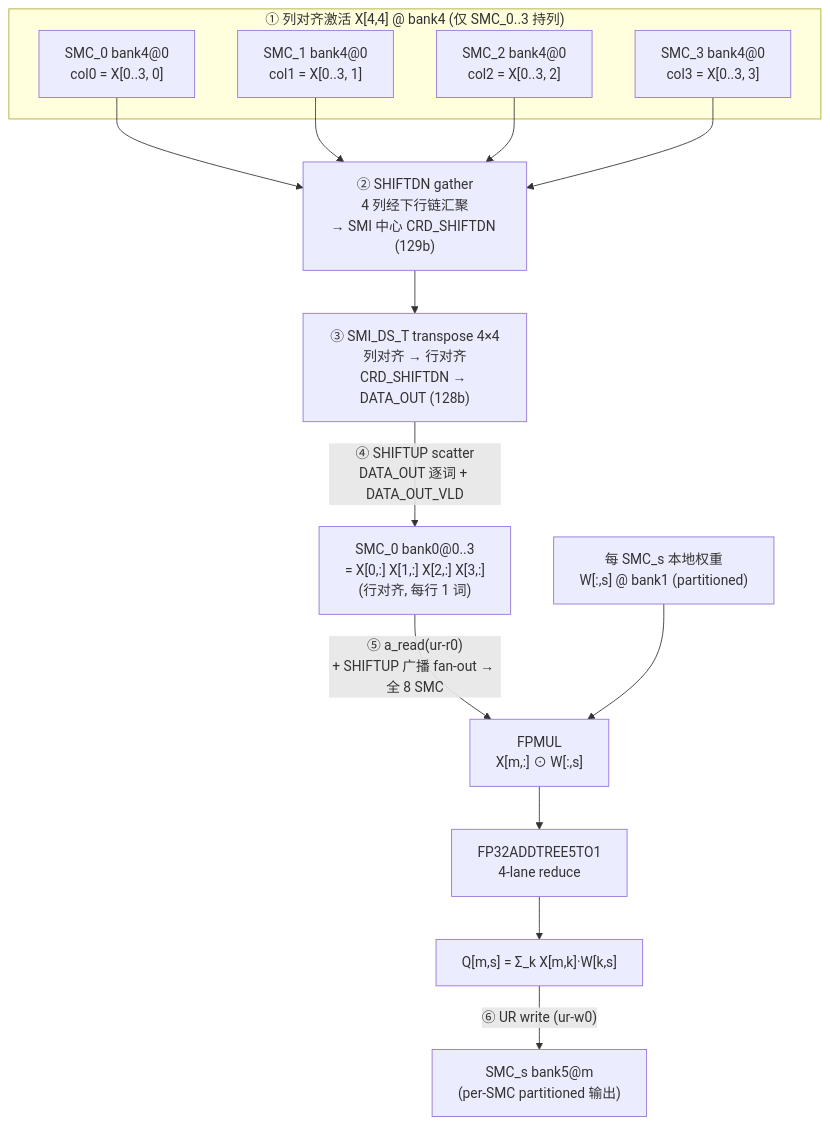
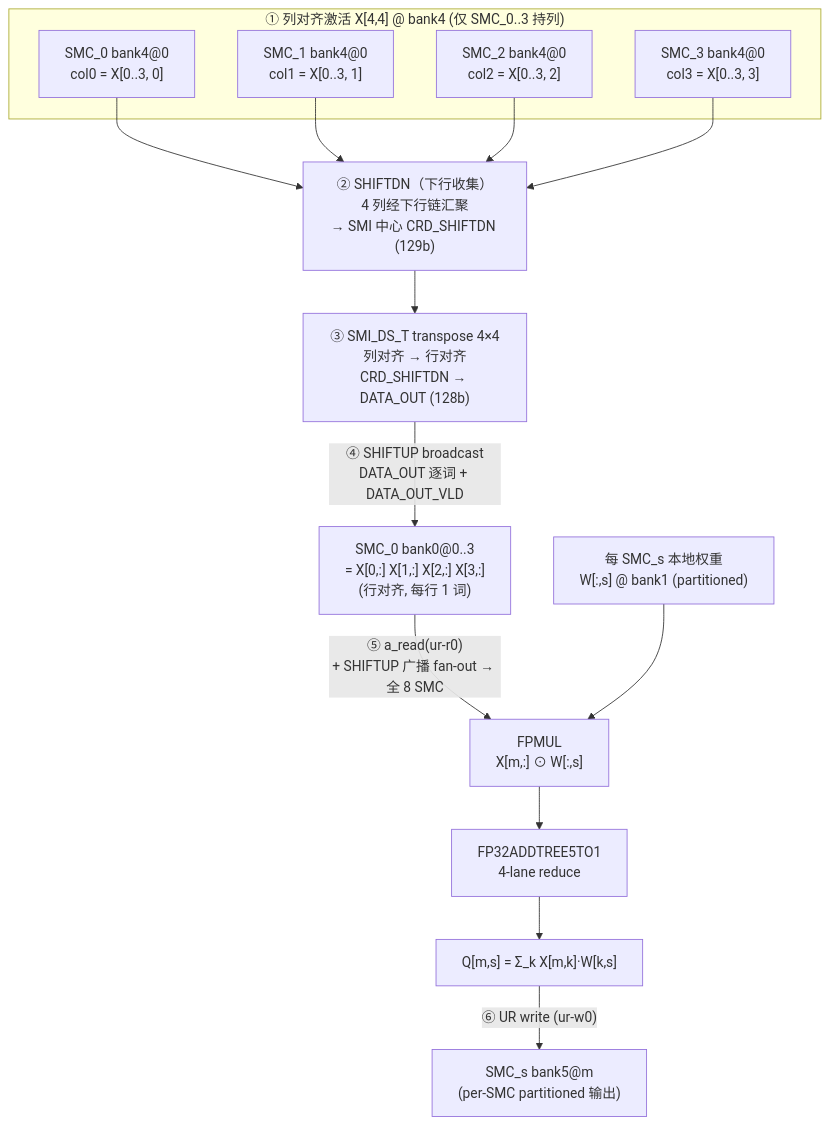
One commit to LSy3011/Allwork changed the first of 3 diagrams in docs/spec/matmul_q_dst-dataflow-vcs.md. Above: the diagram before and after it, drawn with Mermaid. The commit also changed other lines of this file and 10 other files, not shown here.

First line of the commit message:
refactor(adr-036): scatter/gather 正名 — 非硬件单元，真硬件 = SHIFTUP broadcast / SHIFTDN

````diff
--- a/docs/spec/matmul_q_dst-dataflow-vcs.md
+++ b/docs/spec/matmul_q_dst-dataflow-vcs.md
@@ -23,21 +23,21 @@
 ```mermaid
 flowchart TD
     subgraph SRC["① 列对齐激活 X[4,4] @ bank4 (仅 SMC_0..3 持列)"]
         C0["SMC_0 bank4@0<br/>col0 = X[0..3, 0]"]
         C1["SMC_1 bank4@0<br/>col1 = X[0..3, 1]"]
         C2["SMC_2 bank4@0<br/>col2 = X[0..3, 2]"]
         C3["SMC_3 bank4@0<br/>col3 = X[0..3, 3]"]
     end
     C0 --> GA
     C1 --> GA
     C2 --> GA
     C3 --> GA
-    GA["② SHIFTDN gather<br/>4 列经下行链汇聚<br/>→ SMI 中心 CRD_SHIFTDN (129b)"]
+    GA["② SHIFTDN（下行收集）<br/>4 列经下行链汇聚<br/>→ SMI 中心 CRD_SHIFTDN (129b)"]
     GA --> DST["③ SMI_DS_T transpose 4×4<br/>列对齐 → 行对齐<br/>CRD_SHIFTDN → DATA_OUT (128b)"]
-    DST -->|"④ SHIFTUP scatter<br/>DATA_OUT 逐词 + DATA_OUT_VLD"| B0["SMC_0 bank0@0..3<br/>= X[0,:] X[1,:] X[2,:] X[3,:]<br/>(行对齐, 每行 1 词)"]
+    DST -->|"④ SHIFTUP broadcast<br/>DATA_OUT 逐词 + DATA_OUT_VLD"| B0["SMC_0 bank0@0..3<br/>= X[0,:] X[1,:] X[2,:] X[3,:]<br/>(行对齐, 每行 1 词)"]
     B0 -->|"⑤ a_read(ur-r0)<br/>+ SHIFTUP 广播 fan-out → 全 8 SMC"| MUL
     W["每 SMC_s 本地权重<br/>W[:,s] @ bank1 (partitioned)"] --> MUL
     MUL["FPMUL<br/>X[m,:] ⊙ W[:,s]"] --> RED["FP32ADDTREE5TO1<br/>4-lane reduce"]
     RED --> Q["Q[m,s] = Σ_k X[m,k]·W[k,s]"]
     Q -->|"⑥ UR write (ur-w0)"| OUT["SMC_s bank5@m<br/>(per-SMC partitioned 输出)"]
 ```
````
